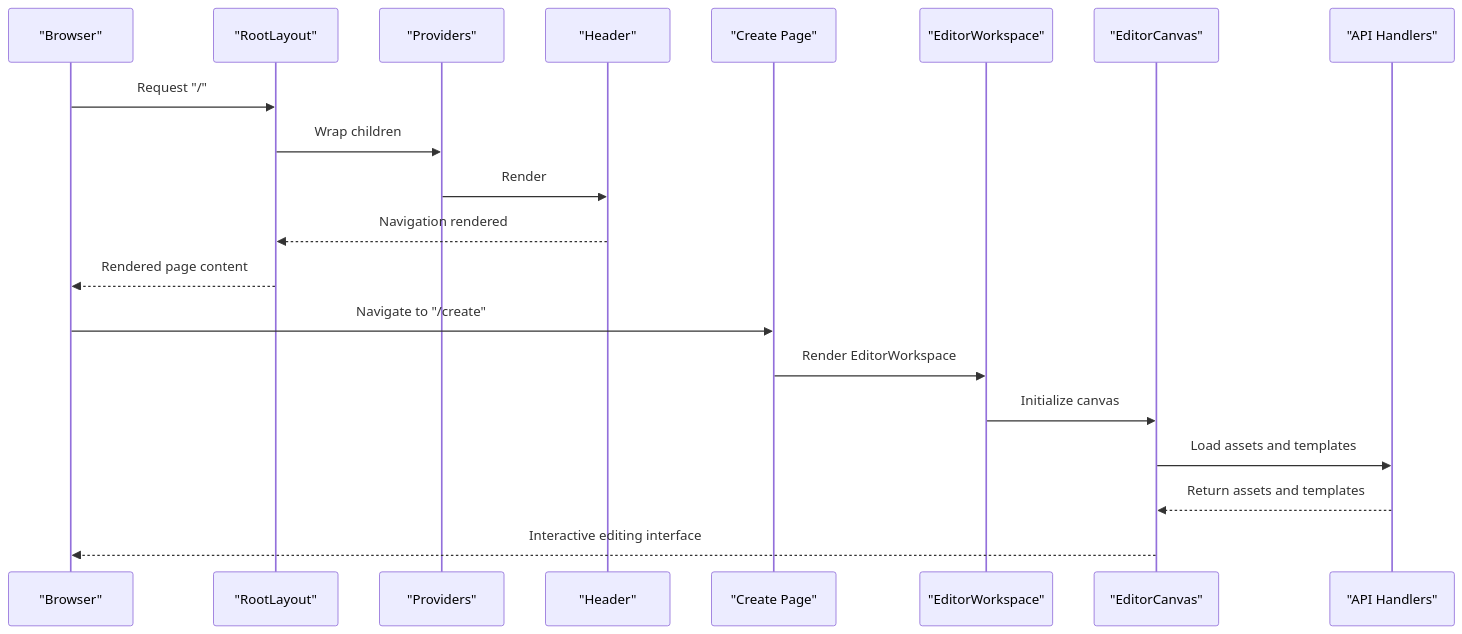
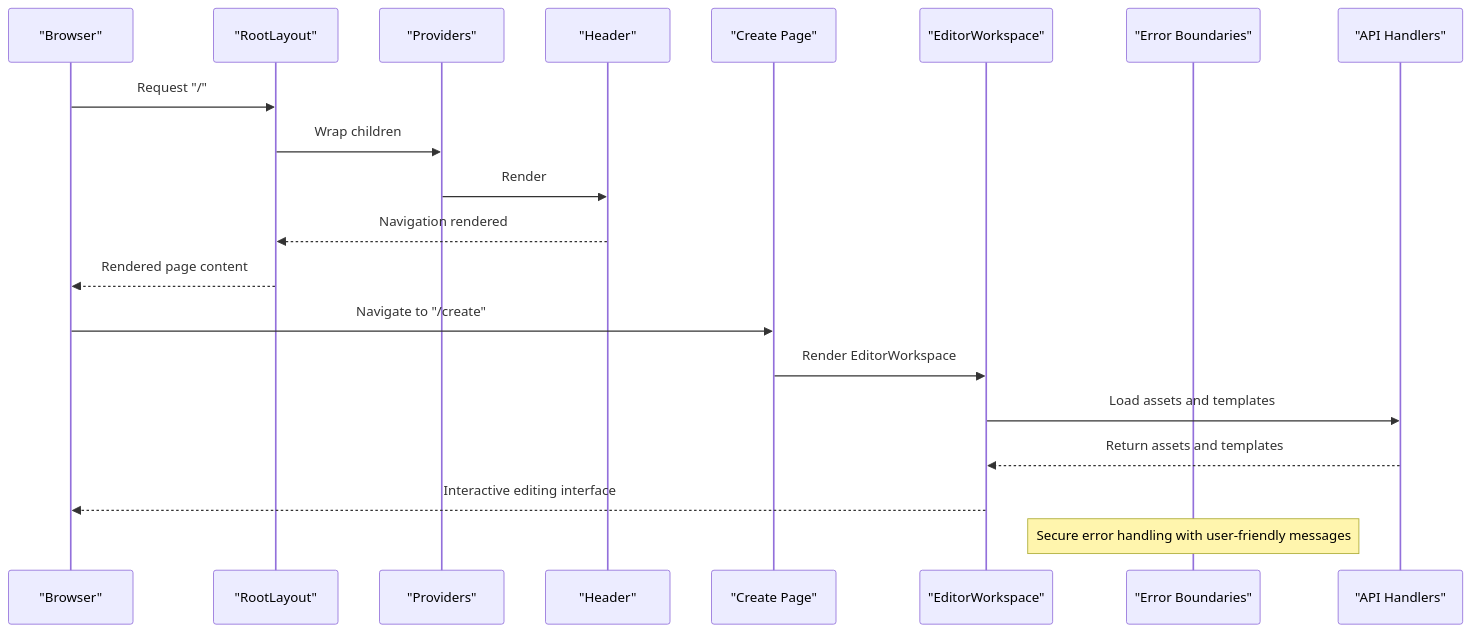
The second of 18 diagrams in .qoder/repowiki/en/content/Architecture Overview/Frontend Architecture/Frontend Architecture.md (Crowdspender/titchybooks-app), drawn with Mermaid before and after one commit. The commit also changed other lines of this file and 8 other files, not shown here.

````diff
--- a/.qoder/repowiki/en/content/Architecture Overview/Frontend Architecture/Frontend Architecture.md
+++ b/.qoder/repowiki/en/content/Architecture Overview/Frontend Architecture/Frontend Architecture.md
@@ -127,22 +142,22 @@
 ```mermaid
 sequenceDiagram
 participant Browser as "Browser"
 participant Layout as "RootLayout"
 participant Providers as "Providers"
 participant Header as "Header"
 participant CreatePage as "Create Page"
 participant EditorWorkspace as "EditorWorkspace"
-participant EditorCanvas as "EditorCanvas"
+participant ErrorBoundary as "Error Boundaries"
 participant API as "API Handlers"
 Browser->>Layout : Request "/"
 Layout->>Providers : Wrap children
 Providers->>Header : Render
 Header-->>Layout : Navigation rendered
 Layout-->>Browser : Rendered page content
 Browser->>CreatePage : Navigate to "/create"
 CreatePage->>EditorWorkspace : Render EditorWorkspace
-EditorWorkspace->>EditorCanvas : Initialize canvas
-EditorCanvas->>API : Load assets and templates
-API-->>EditorCanvas : Return assets and templates
-EditorCanvas-->>Browser : Interactive editing interface
+EditorWorkspace->>API : Load assets and templates
+API-->>EditorWorkspace : Return assets and templates
+EditorWorkspace-->>Browser : Interactive editing interface
+Note over ErrorBoundary : Secure error handling with user-friendly messages
 ```
````
